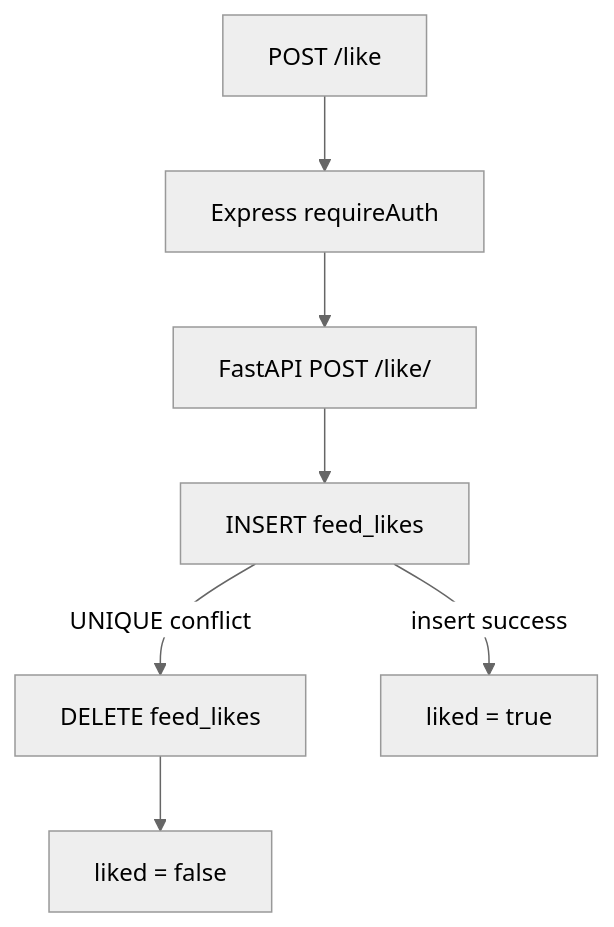
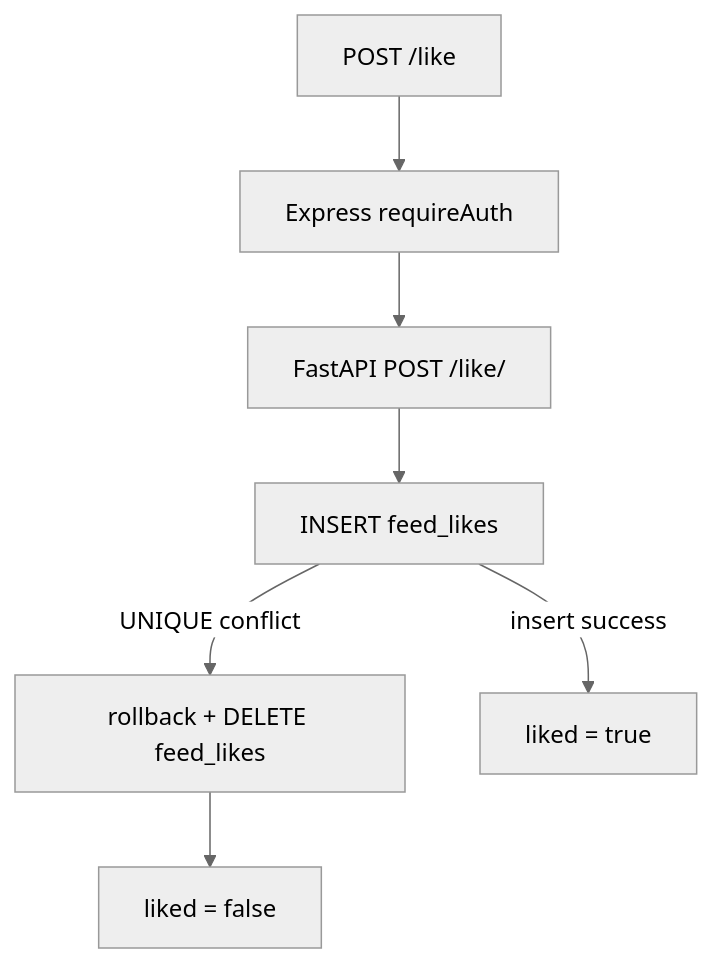
One commit to junseoja/capston changed diagram 15 of 16 in docs/architecture-overview.md. Above: the diagram before and after it, drawn with Mermaid (neutral theme). The commit also changed other lines of this file and 20 other files, not shown here.

````diff
--- a/docs/architecture-overview.md
+++ b/docs/architecture-overview.md
@@ -355,9 +506,9 @@
 ```mermaid
 flowchart TD
     A["POST /like"] --> B["Express requireAuth"]
     B --> C["FastAPI POST /like/"]
     C --> D["INSERT feed_likes"]
-    D -->|"UNIQUE conflict"| E["DELETE feed_likes"]
+    D -->|"UNIQUE conflict"| E["rollback + DELETE feed_likes"]
     D -->|"insert success"| F["liked = true"]
     E --> G["liked = false"]
 ```
````
